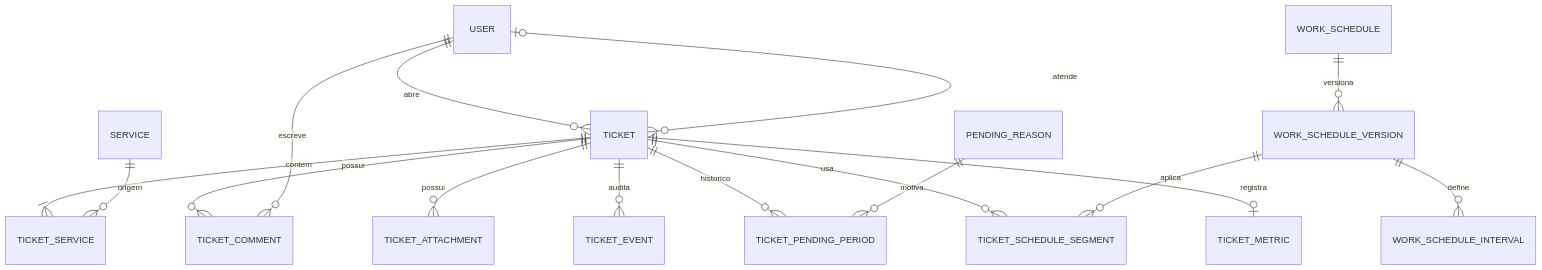
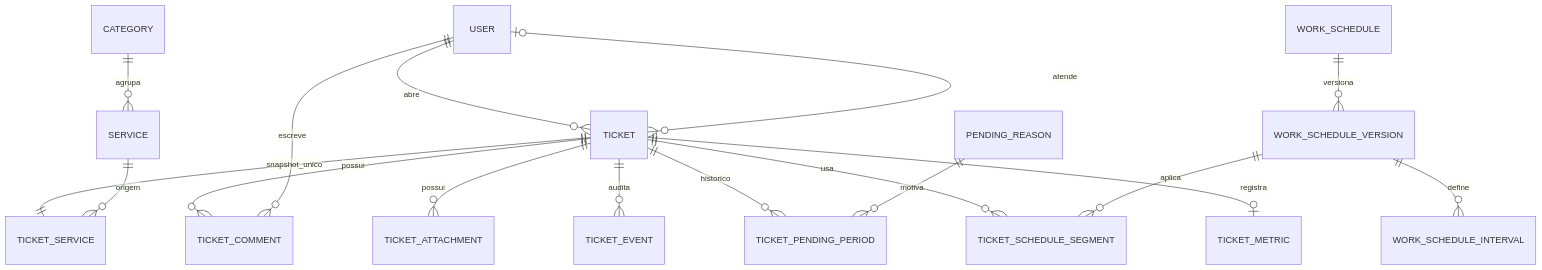
Before and after one commit to joaoMia/helpdesk: the diagram in docs/diagramas/dados-conceituais.mmd, drawn with Mermaid. The commit also changed 72 other files, not shown here.

```diff
--- a/docs/diagramas/dados-conceituais.mmd
+++ b/docs/diagramas/dados-conceituais.mmd
@@ -1,16 +1,17 @@
 erDiagram
   USER ||--o{ TICKET : abre
   USER o|--o{ TICKET : atende
-  TICKET ||--|{ TICKET_SERVICE : contem
+  CATEGORY ||--o{ SERVICE : agrupa
+  TICKET ||--|| TICKET_SERVICE : snapshot_unico
   SERVICE ||--o{ TICKET_SERVICE : origem
   TICKET ||--o{ TICKET_COMMENT : possui
   USER ||--o{ TICKET_COMMENT : escreve
   TICKET ||--o{ TICKET_ATTACHMENT : possui
   TICKET ||--o{ TICKET_EVENT : audita
   TICKET ||--o{ TICKET_PENDING_PERIOD : historico
   PENDING_REASON ||--o{ TICKET_PENDING_PERIOD : motiva
   WORK_SCHEDULE ||--o{ WORK_SCHEDULE_VERSION : versiona
   WORK_SCHEDULE_VERSION ||--o{ WORK_SCHEDULE_INTERVAL : define
   TICKET ||--o{ TICKET_SCHEDULE_SEGMENT : usa
   WORK_SCHEDULE_VERSION ||--o{ TICKET_SCHEDULE_SEGMENT : aplica
   TICKET ||--o| TICKET_METRIC : registra
```
